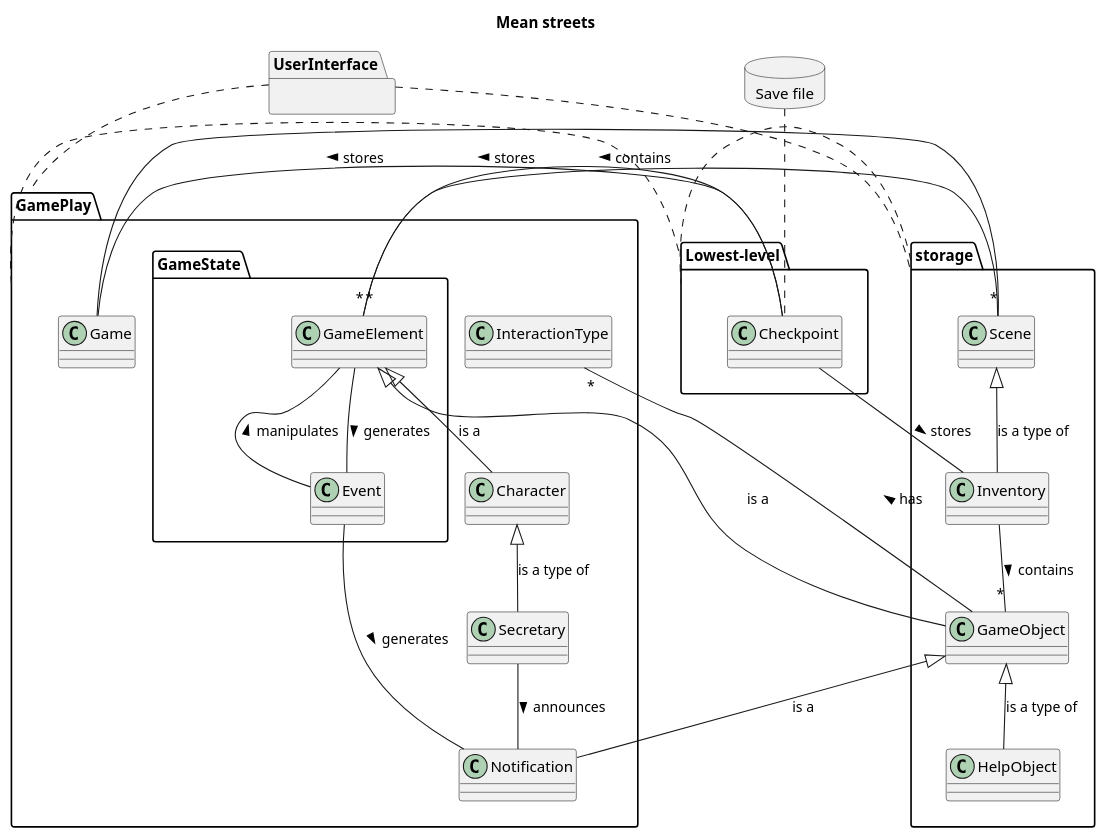
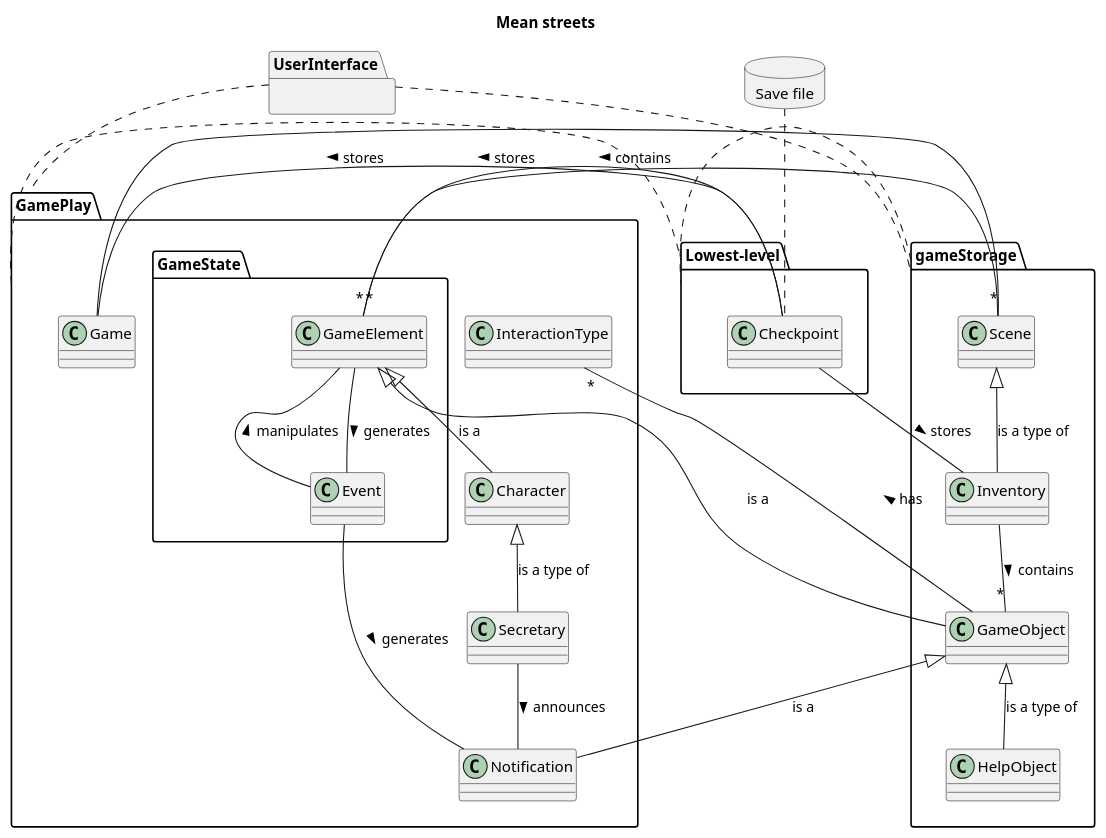
The diagram in architectDiagram.pu (NoahHakansson/SE-PA1460), drawn with PlantUML before and after one commit.

Commit message:
Renamed storage to gameStorage

```diff
--- a/architectDiagram.pu
+++ b/architectDiagram.pu
@@ -1,64 +1,66 @@
 @startuml
 title Mean streets
 top to bottom direction
+database "Save file" {
+}
+package UserInterface {
 
-package storage {
+}
+
+
+package gameStorage {
     class Inventory
     class GameObject
     class HelpObject
     class Scene
 }
 
-database "Save file" {
-}
 
-package UserInterface {
-
-}
 
 
 package GamePlay {
     class Game
     class Secretary
     class Character
     class Notification
     class InteractionType
 
     package GameState {
         class GameElement
         class Event
     }
 }
 
+
 package "Lowest-level" {
     class Checkpoint
 }
 
 "Save file" .. Checkpoint
-UserInterface .. storage
+UserInterface .. gameStorage
 UserInterface .. GamePlay
 
 GamePlay .. "Lowest-level"
-storage .. "Lowest-level"
+gameStorage .. "Lowest-level"
 
 
 Game -- "*" Scene
 
 Checkpoint -- "*" GameElement : stores >
 Checkpoint -- Inventory : stores >
 Checkpoint - Game : stores >
 Character <|-- Secretary : is a type of
 GameElement <|-- GameObject : is a
 GameElement <|-- Character : is a
 Scene - "*" GameElement : contains >
 Scene <|-- Inventory : is a type of
 Inventory -- "*" GameObject : contains >
 GameElement -- Event : generates >
 Event -- Notification : generates >
 Event -- GameElement : manipulates >
 Secretary -- Notification : announces >
 GameObject <|-- HelpObject : is a type of
 GameObject <|-- Notification : is a
 GameObject -- "*" InteractionType : has >
 
 @enduml
```
